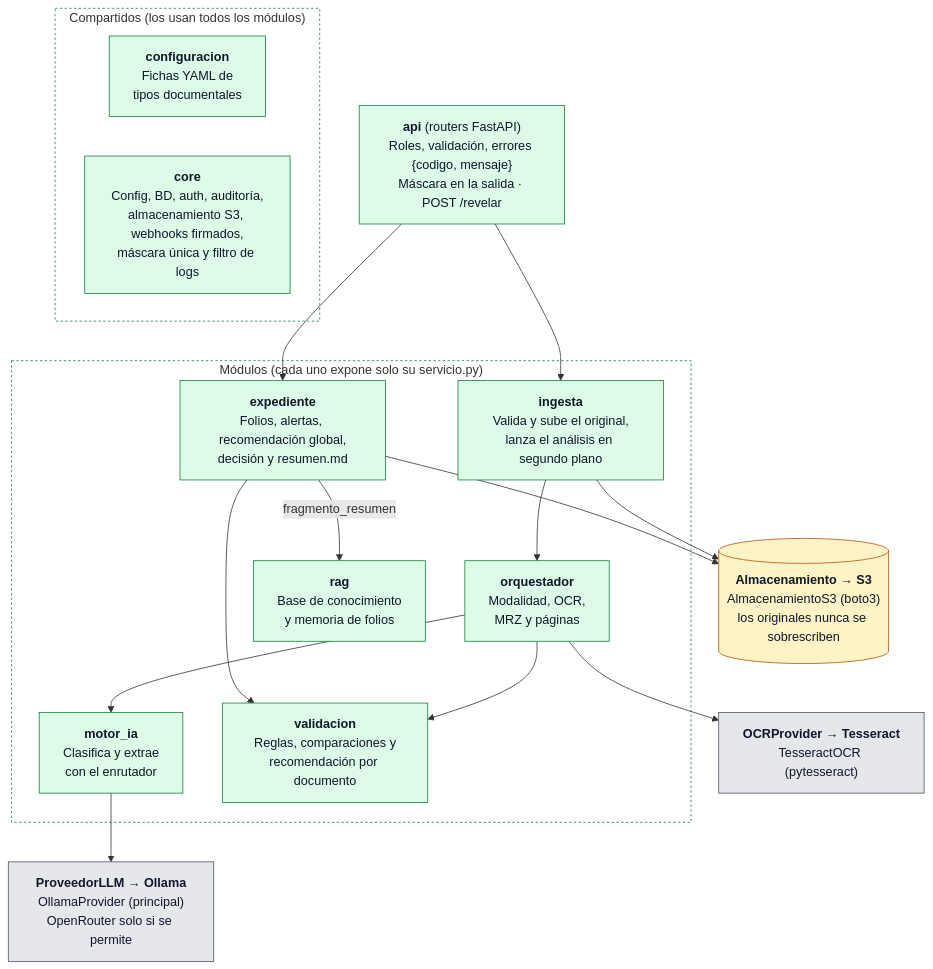
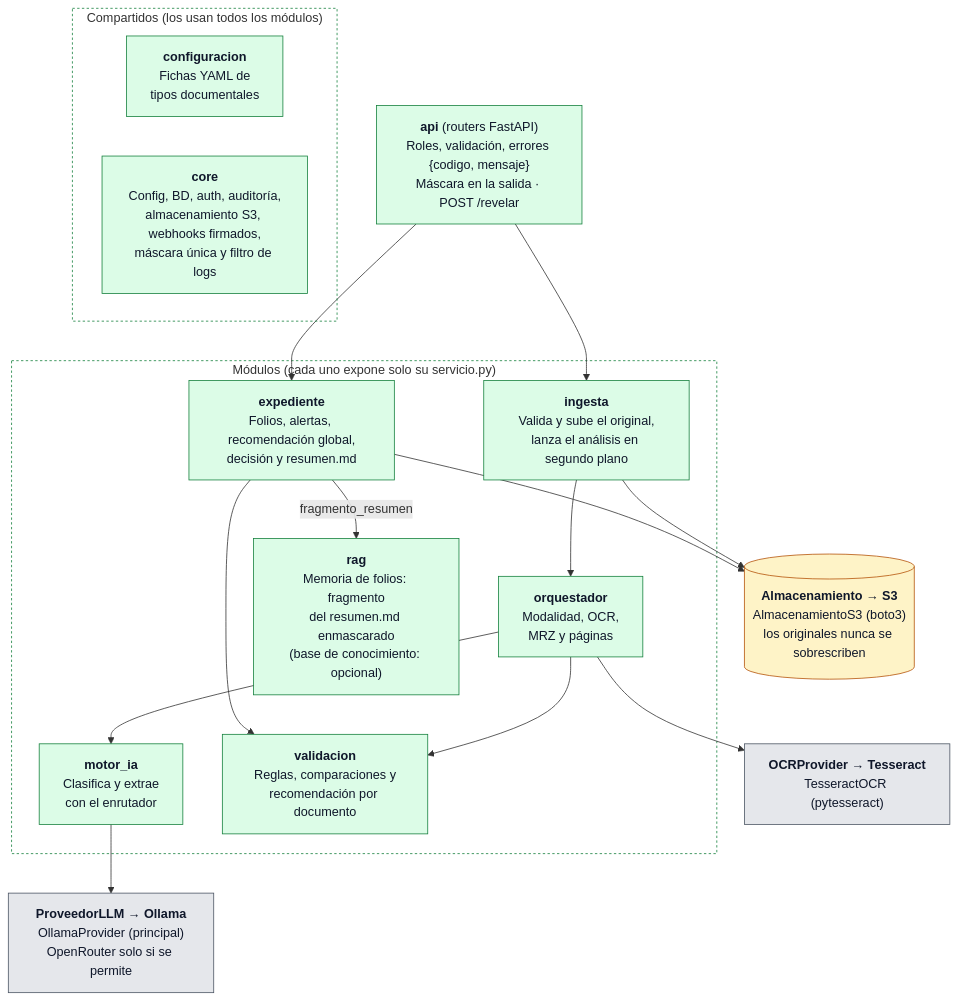
The third of 5 diagrams in docs/arquitectura_solucion.md (SantiagoEspinosa-ai/Gestor_Documental), drawn with Mermaid before and after one commit. The commit also changed other lines of this file, not shown here.

First line of the commit message:
docs(arquitectura): revision de PERSONA_2 (memoria de folios sin vectores, limite de reintentos)

````diff
--- a/docs/arquitectura_solucion.md
+++ b/docs/arquitectura_solucion.md
@@ -140,45 +145,45 @@
 ```mermaid
 flowchart TB
     api["<b>api</b> (routers FastAPI)<br/>Roles, validación, errores {codigo, mensaje}<br/>Máscara en la salida · POST /revelar"]
 
     subgraph modulos["Módulos (cada uno expone solo su servicio.py)"]
         ingesta["<b>ingesta</b><br/>Valida y sube el original,<br/>lanza el análisis en segundo plano"]
         orquestador["<b>orquestador</b><br/>Modalidad, OCR,<br/>MRZ y páginas"]
         motor["<b>motor_ia</b><br/>Clasifica y extrae<br/>con el enrutador"]
         validacion["<b>validacion</b><br/>Reglas, comparaciones y<br/>recomendación por documento"]
         expediente["<b>expediente</b><br/>Folios, alertas, recomendación global,<br/>decisión y resumen.md"]
-        rag["<b>rag</b><br/>Base de conocimiento<br/>y memoria de folios"]
+        rag["<b>rag</b><br/>Memoria de folios: fragmento<br/>del resumen.md enmascarado<br/>(base de conocimiento: opcional)"]
     end
 
     subgraph compartidos["Compartidos (los usan todos los módulos)"]
         configuracion["<b>configuracion</b><br/>Fichas YAML de<br/>tipos documentales"]
         core["<b>core</b><br/>Config, BD, auth, auditoría,<br/>almacenamiento S3, webhooks firmados,<br/>máscara única y filtro de logs"]
     end
 
     alm[("<b>Almacenamiento → S3</b><br/>AlmacenamientoS3 (boto3)<br/>los originales nunca se sobrescriben")]
     ocr["<b>OCRProvider → Tesseract</b><br/>TesseractOCR (pytesseract)"]
     llm["<b>ProveedorLLM → Ollama</b><br/>OllamaProvider (principal)<br/>OpenRouter solo si se permite"]
 
     api --> ingesta
     api --> expediente
     ingesta --> orquestador
     orquestador --> motor
     orquestador --> validacion
     expediente --> validacion
     expediente -- "fragmento_resumen" --> rag
     ingesta --> alm
     expediente --> alm
     orquestador --> ocr
     motor --> llm
 
     classDef persona fill:#dbeafe,stroke:#1d4ed8,color:#0f172a
     classDef sistema fill:#dcfce7,stroke:#15803d,color:#0f172a
     classDef bd fill:#fef3c7,stroke:#b45309,color:#0f172a
     classDef externo fill:#e5e7eb,stroke:#4b5563,color:#0f172a
     classDef bloqueado fill:#fee2e2,stroke:#b91c1c,color:#0f172a,stroke-dasharray:5 5
     class api,ingesta,orquestador,motor,validacion,expediente,rag,configuracion,core sistema
     class alm bd
     class ocr,llm externo
     style modulos fill:none,stroke:#15803d,stroke-dasharray:3 3
     style compartidos fill:none,stroke:#15803d,stroke-dasharray:3 3
 ```
````
